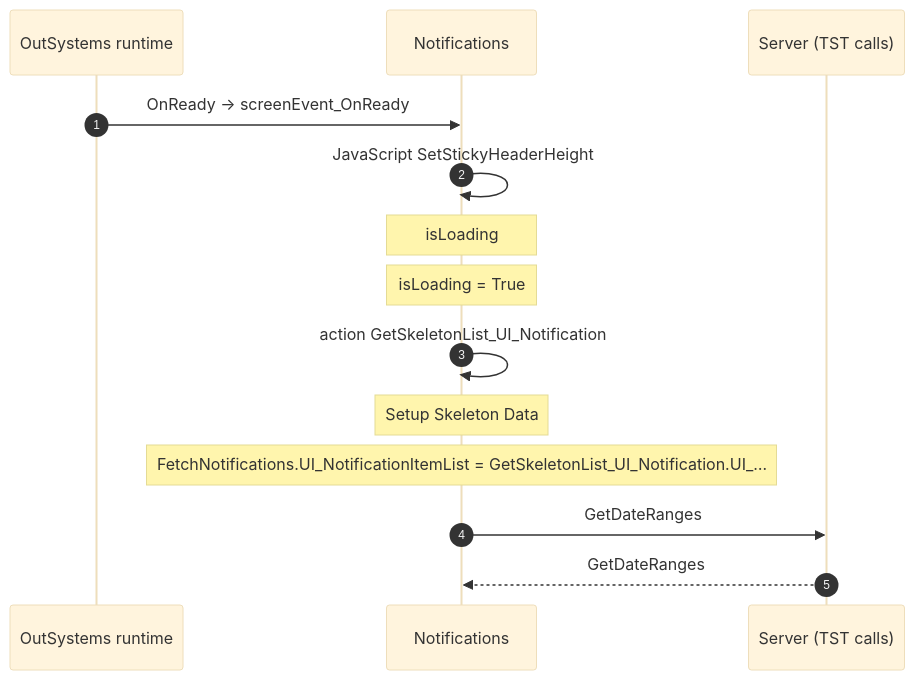
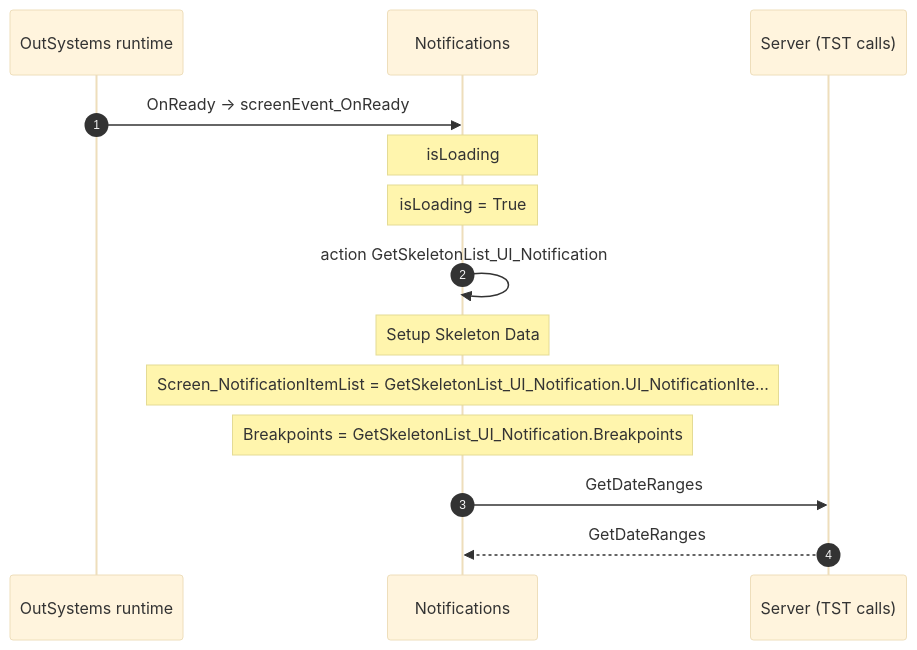
One commit to Phoenix-DX/connect-new-ui changed diagram 13 of 15 in route-actions/routes/Notifications.md. Above: the diagram before and after it, drawn with Mermaid (base theme). The commit also changed other lines of this file and 30 other files, not shown here.

````diff
--- a/route-actions/routes/Notifications.md
+++ b/route-actions/routes/Notifications.md
@@ -417,16 +412,16 @@
 ```mermaid
 sequenceDiagram
   autonumber
   participant R as OutSystems runtime
   participant B as Notifications
   participant S as Server (TST calls)
   R->>B: OnReady → screenEvent_OnReady
-  B->>B: JavaScript SetStickyHeaderHeight
   Note over B: isLoading
   Note over B: isLoading = True
   B->>B: action GetSkeletonList_UI_Notification
   Note over B: Setup Skeleton Data
-  Note over B: FetchNotifications.UI_NotificationItemList = GetSkeletonList_UI_Notification.UI_…
+  Note over B: Screen_NotificationItemList = GetSkeletonList_UI_Notification.UI_NotificationIte…
+  Note over B: Breakpoints = GetSkeletonList_UI_Notification.Breakpoints
   B->>S: GetDateRanges
   S-->>B: GetDateRanges
 ```
````
